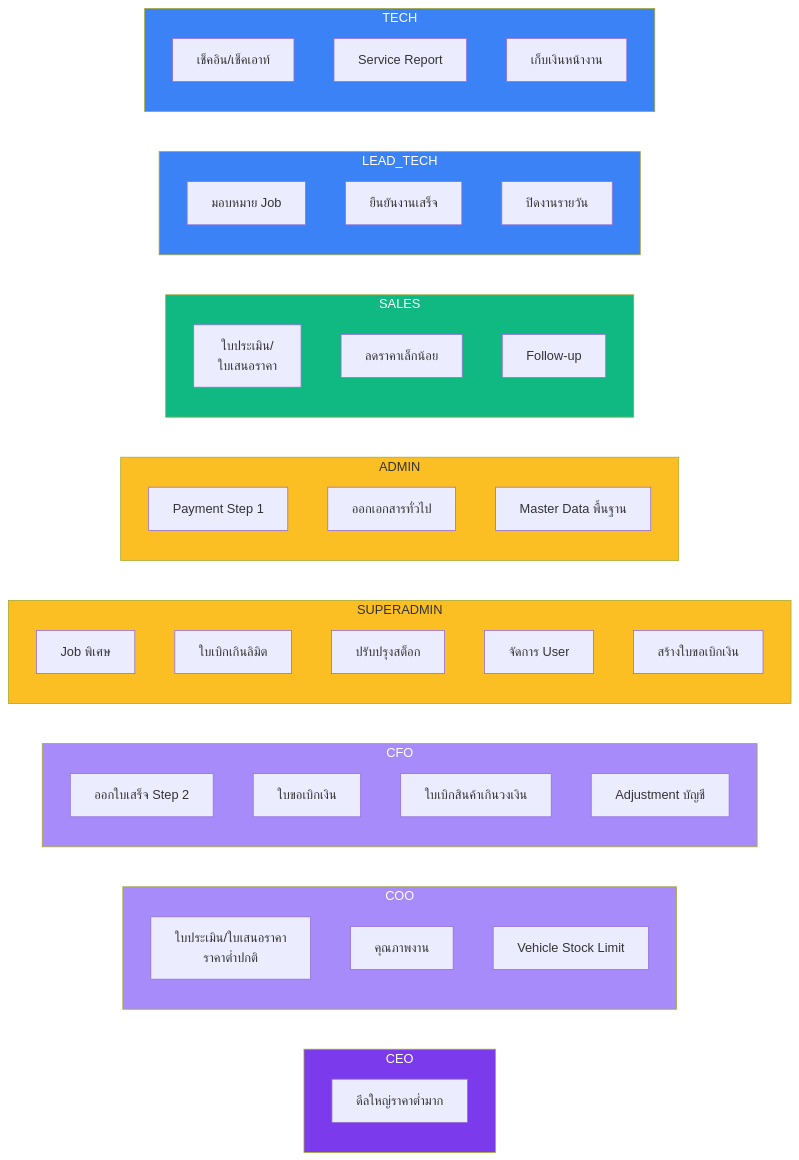
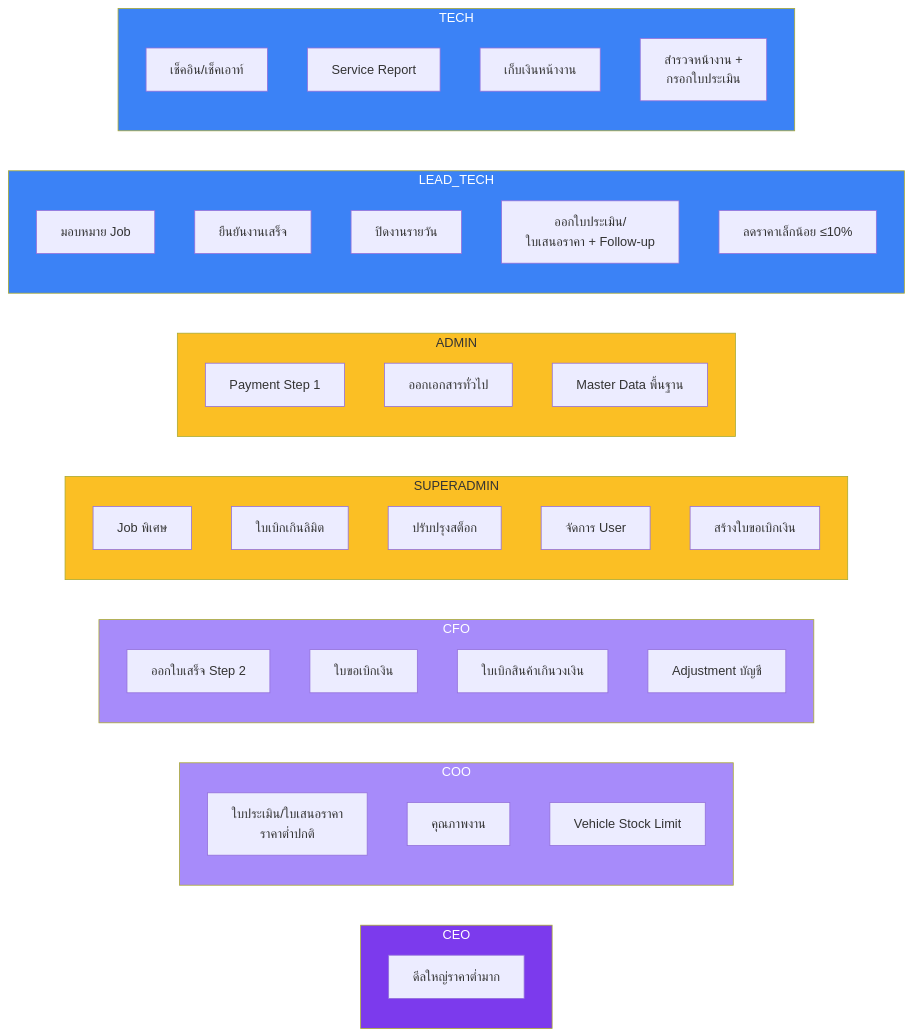
Before and after one commit to Rachaiyut/mrgreenpest-admin: the fourth of 46 diagrams in public/docs/FLOW.md, drawn with Mermaid. The commit also changed other lines of this file, not shown here.

First line of the commit message:
docs(flow): remove standalone Sales role — handled by LEAD_TECH/TECH

````diff
--- a/public/docs/FLOW.md
+++ b/public/docs/FLOW.md
@@ -1279,60 +1208,56 @@
 ```mermaid
 flowchart LR
     subgraph CEO_grp[CEO]
         A0[ดีลใหญ่ราคาต่ำมาก]
     end
 
     subgraph COO_grp[COO]
         B1[ใบประเมิน/ใบเสนอราคา<br/>ราคาต่ำปกติ]
         B2[คุณภาพงาน]
         B3[Vehicle Stock Limit]
     end
 
     subgraph CFO_grp[CFO]
         C1[ออกใบเสร็จ Step 2]
         C2[ใบขอเบิกเงิน]
         C3[ใบเบิกสินค้าเกินวงเงิน]
         C4[Adjustment บัญชี]
     end
 
     subgraph SUPER_grp[SUPERADMIN]
         D1[Job พิเศษ]
         D2[ใบเบิกเกินลิมิต]
         D3[ปรับปรุงสต็อก]
         D4[จัดการ User]
         D5[สร้างใบขอเบิกเงิน]
     end
 
     subgraph ADMIN_grp[ADMIN]
         E1[Payment Step 1]
         E2[ออกเอกสารทั่วไป]
         E3[Master Data พื้นฐาน]
     end
 
-    subgraph SALES_grp[SALES]
-        F1[ใบประเมิน/<br/>ใบเสนอราคา]
-        F2[ลดราคาเล็กน้อย]
-        F3[Follow-up]
-    end
-
     subgraph LEAD_grp[LEAD_TECH]
         G1[มอบหมาย Job]
         G2[ยืนยันงานเสร็จ]
         G3[ปิดงานรายวัน]
+        G4[ออกใบประเมิน/<br/>ใบเสนอราคา + Follow-up]
+        G5[ลดราคาเล็กน้อย ≤10%]
     end
 
     subgraph TECH_grp[TECH]
         H1[เช็คอิน/เช็คเอาท์]
         H2[Service Report]
         H3[เก็บเงินหน้างาน]
+        H4[สำรวจหน้างาน +<br/>กรอกใบประเมิน]
     end
 
     style CEO_grp fill:#7c3aed,color:#fff
     style COO_grp fill:#a78bfa,color:#fff
     style CFO_grp fill:#a78bfa,color:#fff
     style SUPER_grp fill:#fbbf24
     style ADMIN_grp fill:#fbbf24
-    style SALES_grp fill:#10b981,color:#fff
     style LEAD_grp fill:#3b82f6,color:#fff
     style TECH_grp fill:#3b82f6,color:#fff
 ```
````
